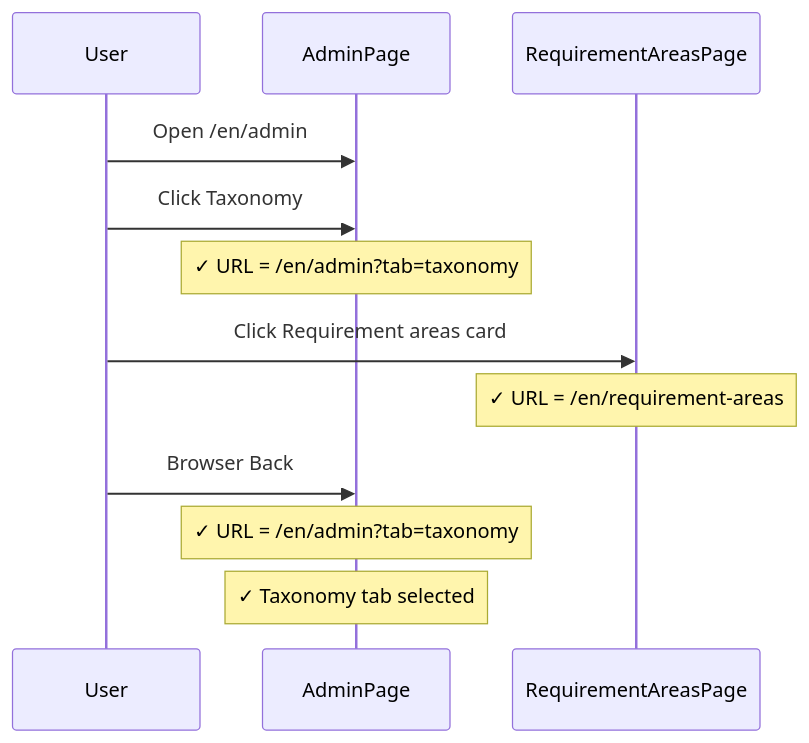
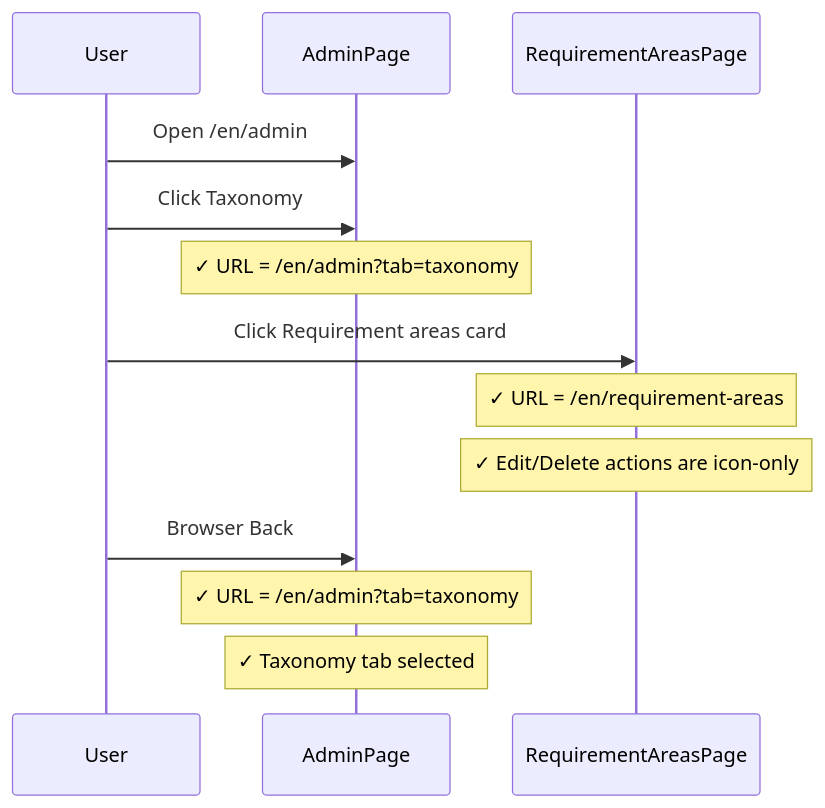
The sixth of 9 diagrams in tests/integration/admin-entrypoint.md (viscalyx/Kravhantering), drawn with Mermaid before and after one commit. The commit also changed other lines of this file and 247 other files, not shown here.

````diff
--- a/tests/integration/admin-entrypoint.md
+++ b/tests/integration/admin-entrypoint.md
@@ -218,15 +222,16 @@
 ```mermaid
 sequenceDiagram
     participant U as User
     participant A as AdminPage
     participant R as RequirementAreasPage
 
     U->>A: Open /en/admin
     U->>A: Click Taxonomy
     Note over A: ✓ URL = /en/admin?tab=taxonomy
     U->>R: Click Requirement areas card
     Note over R: ✓ URL = /en/requirement-areas
+    Note over R: ✓ Edit/Delete actions are icon-only
     U->>A: Browser Back
     Note over A: ✓ URL = /en/admin?tab=taxonomy
     Note over A: ✓ Taxonomy tab selected
 ```
````
